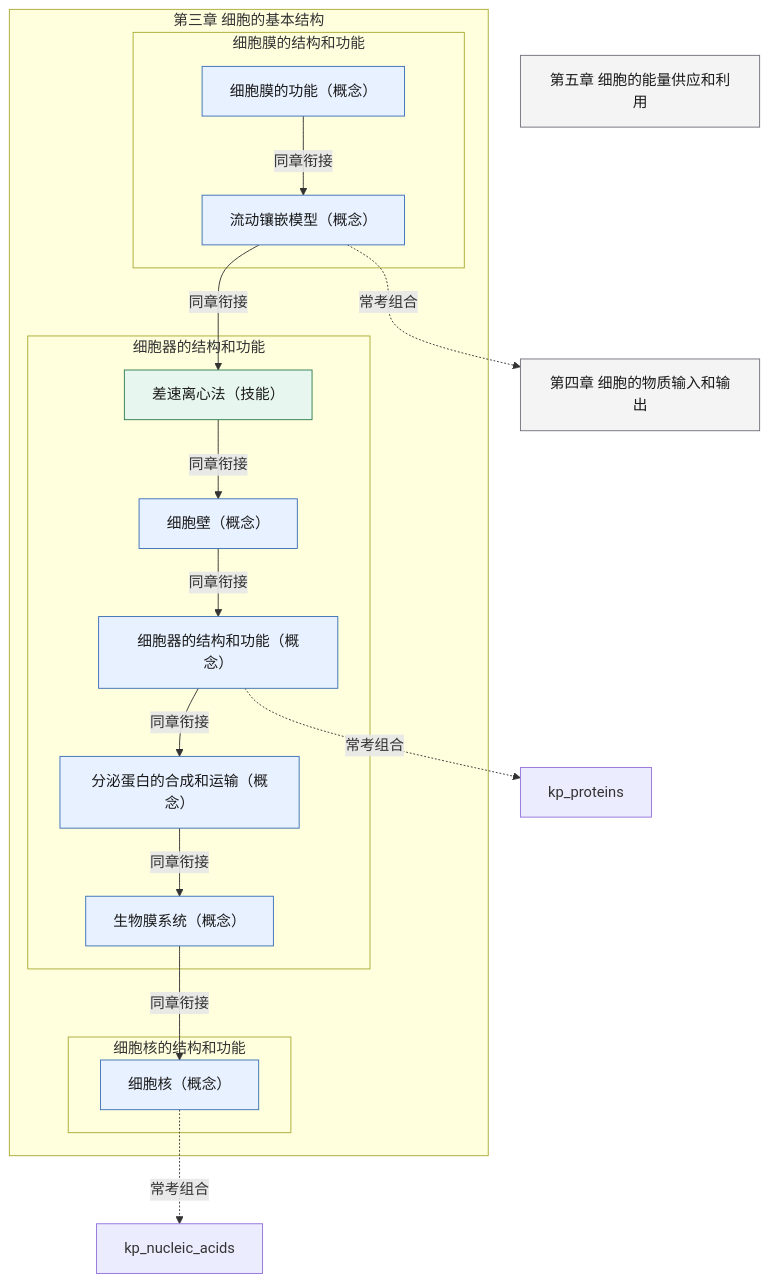
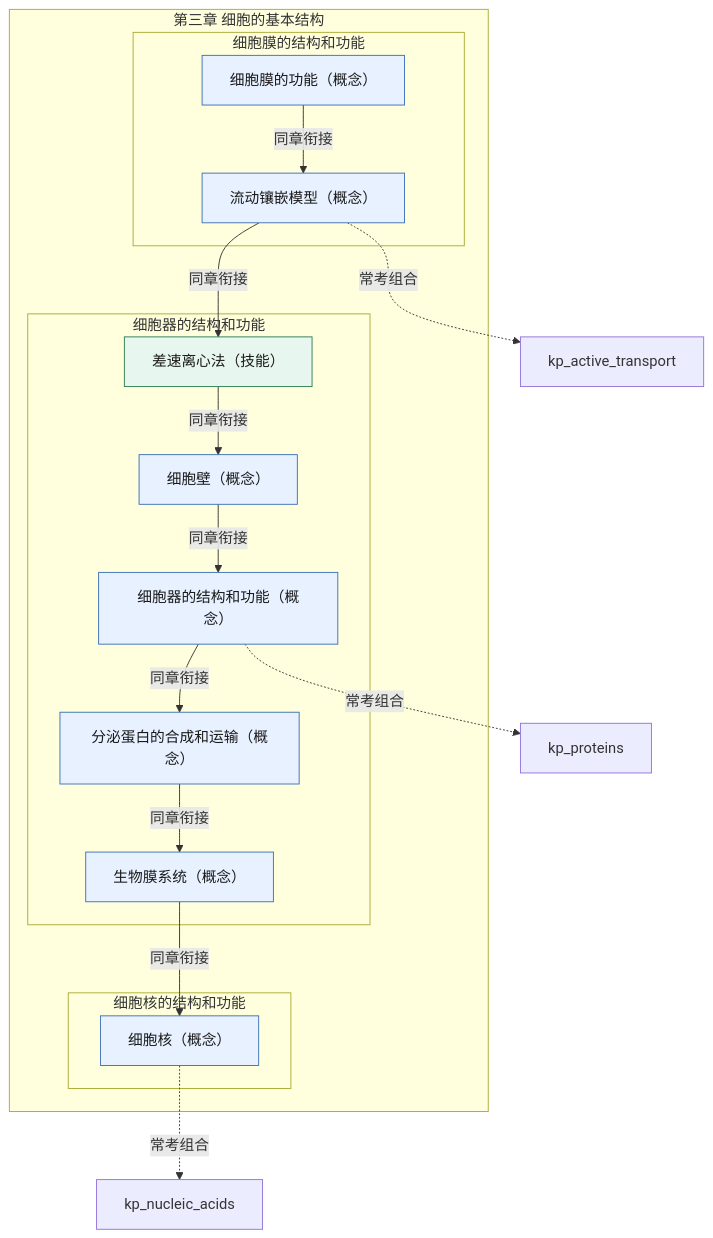
Before and after one commit to lihenair/high-school-ai-tutor-skill: the diagram in skills/high-school-ai-tutor/references/pep-bio-bx1-ch3.md, drawn with Mermaid. The commit also changed 26 other files, not shown here.

First line of the commit message:
feat(bio): 跨教材知识联系图谱——占位符清退 + 53 条组合边 + 联系图谱文档

````diff
--- a/skills/high-school-ai-tutor/references/pep-bio-bx1-ch3.md
+++ b/skills/high-school-ai-tutor/references/pep-bio-bx1-ch3.md
@@ -5,35 +5,33 @@
 ```mermaid
 flowchart TD
   classDef concept fill:#E8F1FF,stroke:#3B6FB6,color:#1A1A1A
   classDef skill fill:#E7F6EE,stroke:#2E7D4F,color:#1A1A1A
   classDef experiment fill:#FFF4E5,stroke:#C47B17,color:#1A1A1A
   classDef later fill:#F4F4F5,stroke:#71717A,color:#1A1A1A
   subgraph ch["第三章 细胞的基本结构"]
     subgraph s1["细胞膜的结构和功能"]
       kp_cell_membrane_functions["细胞膜的功能（概念）"]:::concept
       kp_fluid_mosaic["流动镶嵌模型（概念）"]:::concept
     end
     subgraph s2["细胞器的结构和功能"]
       kp_differential_centrifugation["差速离心法（技能）"]:::skill
       kp_cell_wall["细胞壁（概念）"]:::concept
       kp_organelles["细胞器的结构和功能（概念）"]:::concept
       kp_secretory_protein["分泌蛋白的合成和运输（概念）"]:::concept
       kp_biomembrane_system["生物膜系统（概念）"]:::concept
     end
     subgraph s3["细胞核的结构和功能"]
       kp_nucleus["细胞核（概念）"]:::concept
     end
   end
-  bx1_ch4["第四章 细胞的物质输入和输出"]:::later
-  bx1_ch5["第五章 细胞的能量供应和利用"]:::later
   kp_cell_membrane_functions -->|同章衔接| kp_fluid_mosaic
   kp_fluid_mosaic -->|同章衔接| kp_differential_centrifugation
   kp_differential_centrifugation -->|同章衔接| kp_cell_wall
   kp_cell_wall -->|同章衔接| kp_organelles
   kp_organelles -->|同章衔接| kp_secretory_protein
   kp_secretory_protein -->|同章衔接| kp_biomembrane_system
   kp_biomembrane_system -->|同章衔接| kp_nucleus
-  kp_fluid_mosaic -.->|常考组合| bx1_ch4
+  kp_fluid_mosaic -.->|常考组合| kp_active_transport
   kp_organelles -.->|常考组合| kp_proteins
   kp_nucleus -.->|常考组合| kp_nucleic_acids
 ```
````
